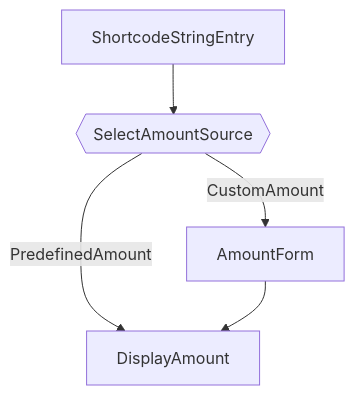
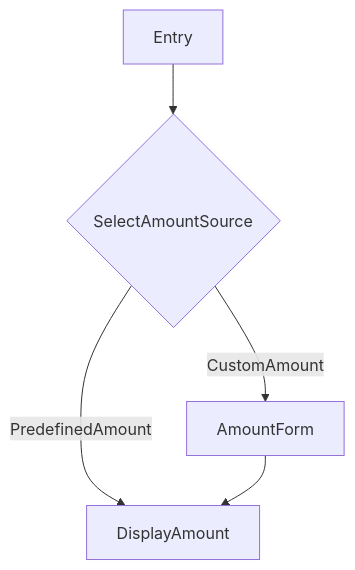
One commit to Only1Loatheb/brrricks changed the first of 3 diagrams in README.md. Above: the diagram before and after it, drawn with Mermaid. The commit also changed other lines of this file and 17 other files, not shown here.

````diff
--- a/README.md
+++ b/README.md
@@ -61,7 +61,7 @@
 ```mermaid
 flowchart TD
-    ShortcodeStringEntry --> SelectAmountSource{{SelectAmountSource}}
+    Entry --> SelectAmountSource{SelectAmountSource}
     SelectAmountSource -->|PredefinedAmount| DisplayAmount
     SelectAmountSource -->|CustomAmount| AmountForm
     AmountForm --> DisplayAmount
 ```
````
